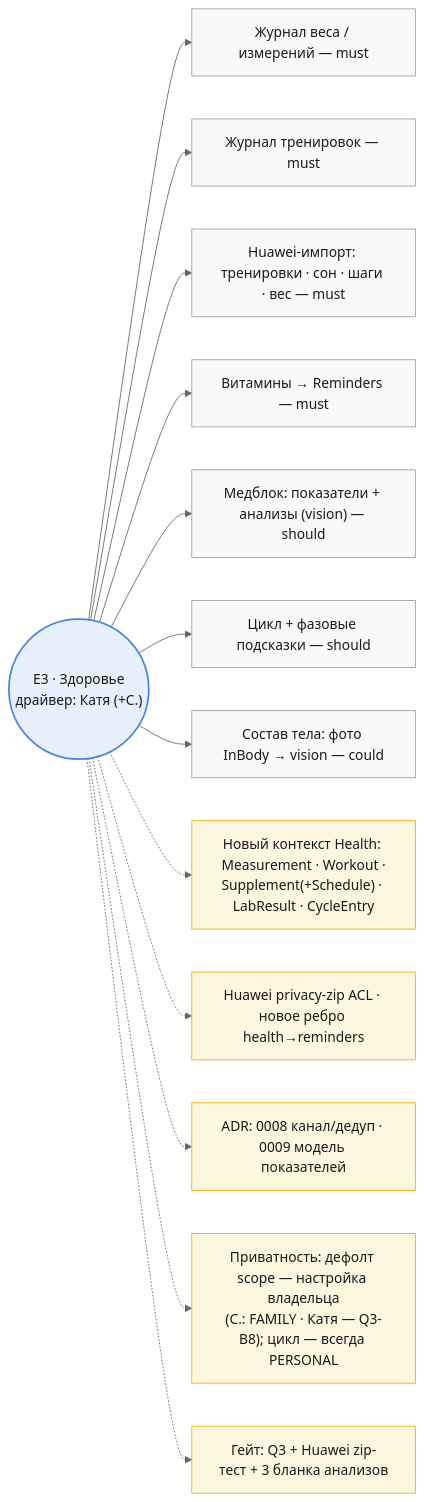
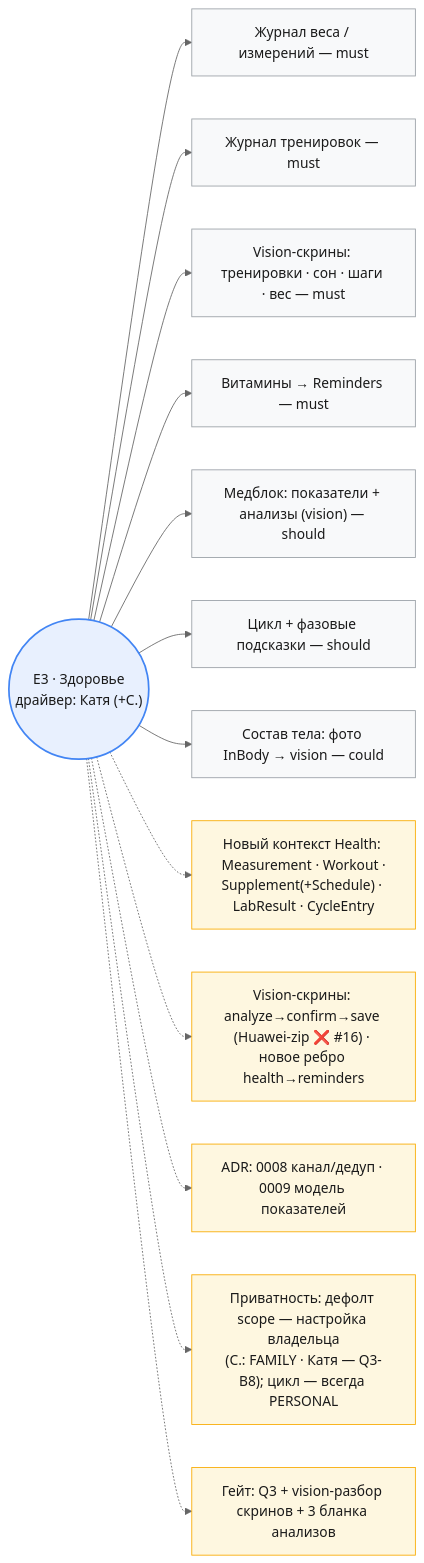
Before and after one commit to SkeiLeinux/Assistent_bot: the diagram in docs/07_diagrams/program/stage-e3-health.mermaid, drawn with Mermaid (neutral theme). The commit also changed 43 other files, not shown here.

```diff
--- a/docs/07_diagrams/program/stage-e3-health.mermaid
+++ b/docs/07_diagrams/program/stage-e3-health.mermaid
@@ -1,36 +1,36 @@
 %% Карта возможностей E3 · Здоровье — ПРОЕКТНОЕ/КАНДИДАТНОЕ
 %% Derived from: 06_program/stage-3-health.md. SSOT — docs/06_program.
 flowchart LR
   ROOT(("E3 · Здоровье<br/>драйвер: Катя (+С.)"))
   F1["Журнал веса / измерений — must"]
   F2["Журнал тренировок — must"]
-  F3["Huawei-импорт: тренировки · сон · шаги · вес — must"]
+  F3["Vision-скрины: тренировки · сон · шаги · вес — must"]
   F4["Витамины → Reminders — must"]
   F5["Медблок: показатели + анализы (vision) — should"]
   F6["Цикл + фазовые подсказки — should"]
   F7["Состав тела: фото InBody → vision — could"]
   M1["Новый контекст Health: Measurement · Workout ·<br/>Supplement(+Schedule) · LabResult · CycleEntry"]
-  M2["Huawei privacy-zip ACL · новое ребро health→reminders"]
+  M2["Vision-скрины: analyze→confirm→save (Huawei-zip ❌ #16) · новое ребро health→reminders"]
   M3["ADR: 0008 канал/дедуп · 0009 модель показателей"]
   M4["Приватность: дефолт scope — настройка владельца<br/>(С.: FAMILY · Катя — Q3-В8); цикл — всегда PERSONAL"]
-  M5["Гейт: Q3 + Huawei zip-тест + 3 бланка анализов"]
+  M5["Гейт: Q3 + vision-разбор скринов + 3 бланка анализов"]
 
   ROOT --> F1
   ROOT --> F2
   ROOT --> F3
   ROOT --> F4
   ROOT --> F5
   ROOT --> F6
   ROOT --> F7
   ROOT -.-> M1
   ROOT -.-> M2
   ROOT -.-> M3
   ROOT -.-> M4
   ROOT -.-> M5
 
   classDef root fill:#E8F0FE,stroke:#4285F4,stroke-width:2px,color:#1a1a1a;
   classDef feat fill:#F8F9FA,stroke:#9aa0a6,color:#1a1a1a;
   classDef meta fill:#FEF7E0,stroke:#F9AB00,color:#1a1a1a;
   class ROOT root;
   class F1,F2,F3,F4,F5,F6,F7 feat;
   class M1,M2,M3,M4,M5 meta;
```
